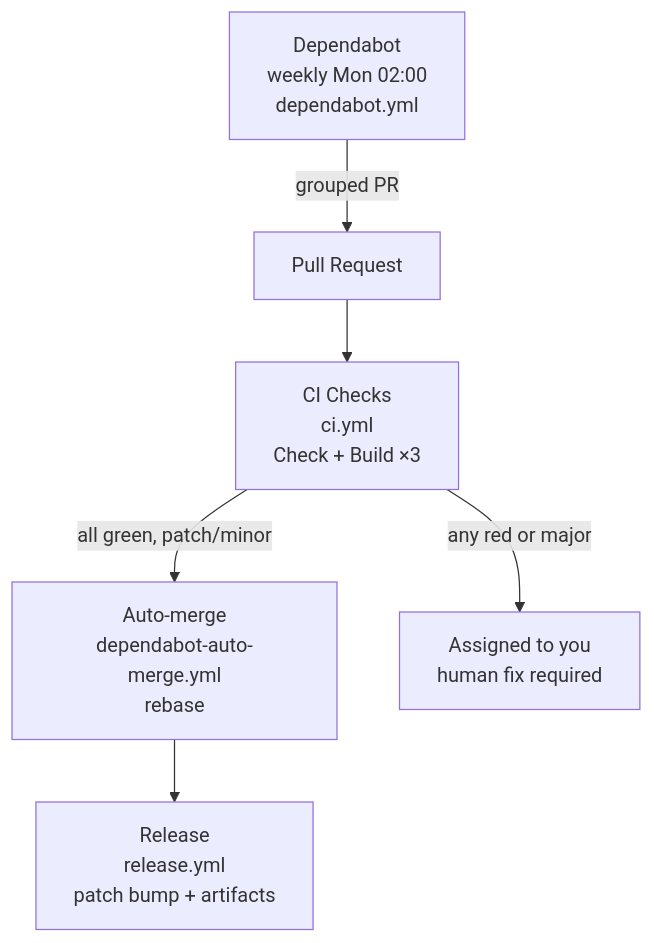
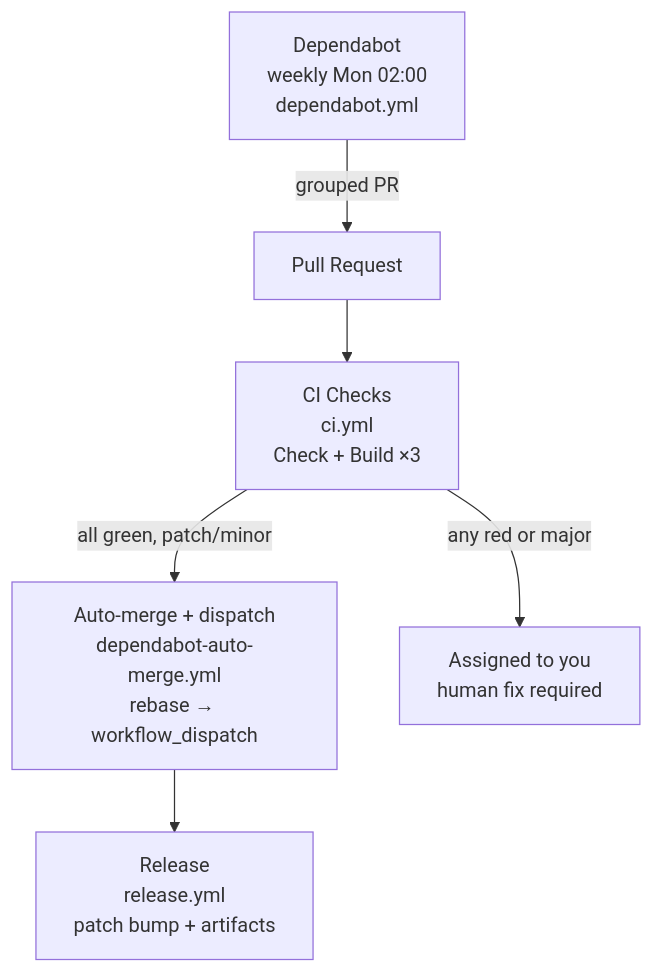
One commit to Vessel9457/actions changed the diagram in README.md. Above: the diagram before and after it, drawn with Mermaid. The commit also changed other lines of this file and 3 other files, not shown here.

First line of the commit message:
fix(release): dispatch via `workflow_dispatch` to bypass `GITHUB_TOKEN` suppression

````diff
--- a/README.md
+++ b/README.md
@@ -11,8 +11,8 @@
 ```mermaid
 flowchart TD
     A[Dependabot<br/>weekly Mon 02:00<br/>dependabot.yml] -->|grouped PR| B[Pull Request]
     B --> C[CI Checks<br/>ci.yml<br/>Check + Build ×3]
-    C -->|all green, patch/minor| D[Auto-merge<br/>dependabot-auto-merge.yml<br/>rebase]
+    C -->|all green, patch/minor| D[Auto-merge + dispatch<br/>dependabot-auto-merge.yml<br/>rebase → workflow_dispatch]
     C -->|any red or major| E[Assigned to you<br/>human fix required]
     D --> F[Release<br/>release.yml<br/>patch bump + artifacts]
 ```
````
